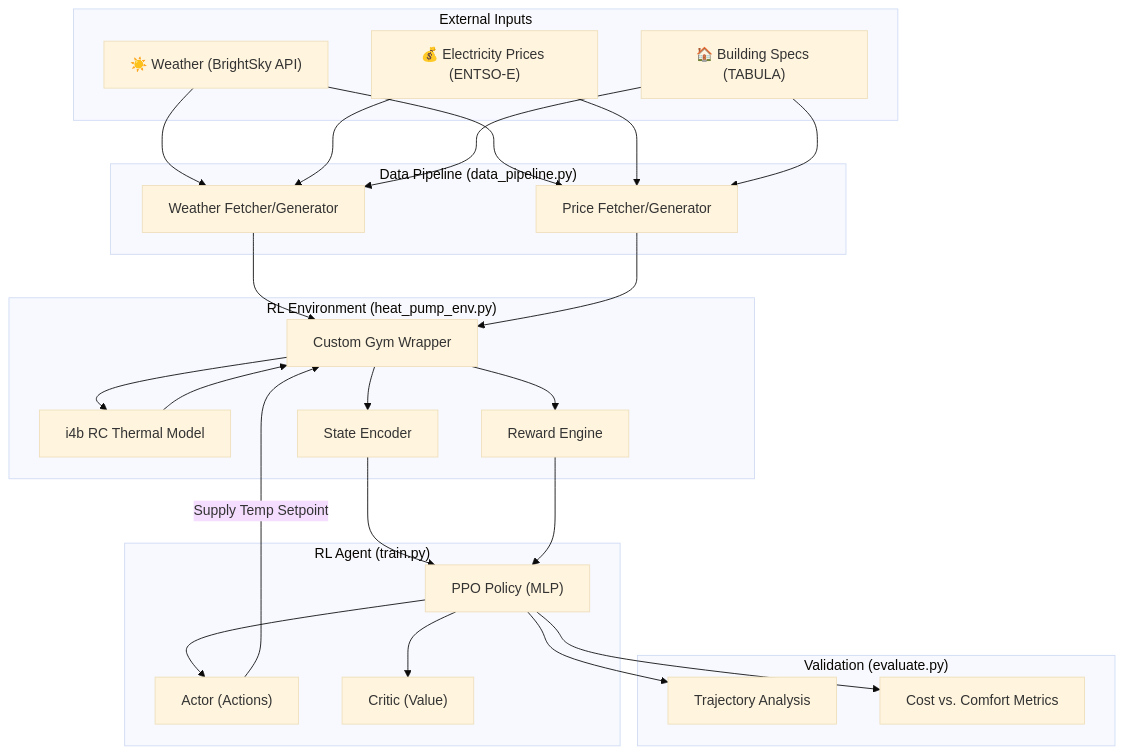
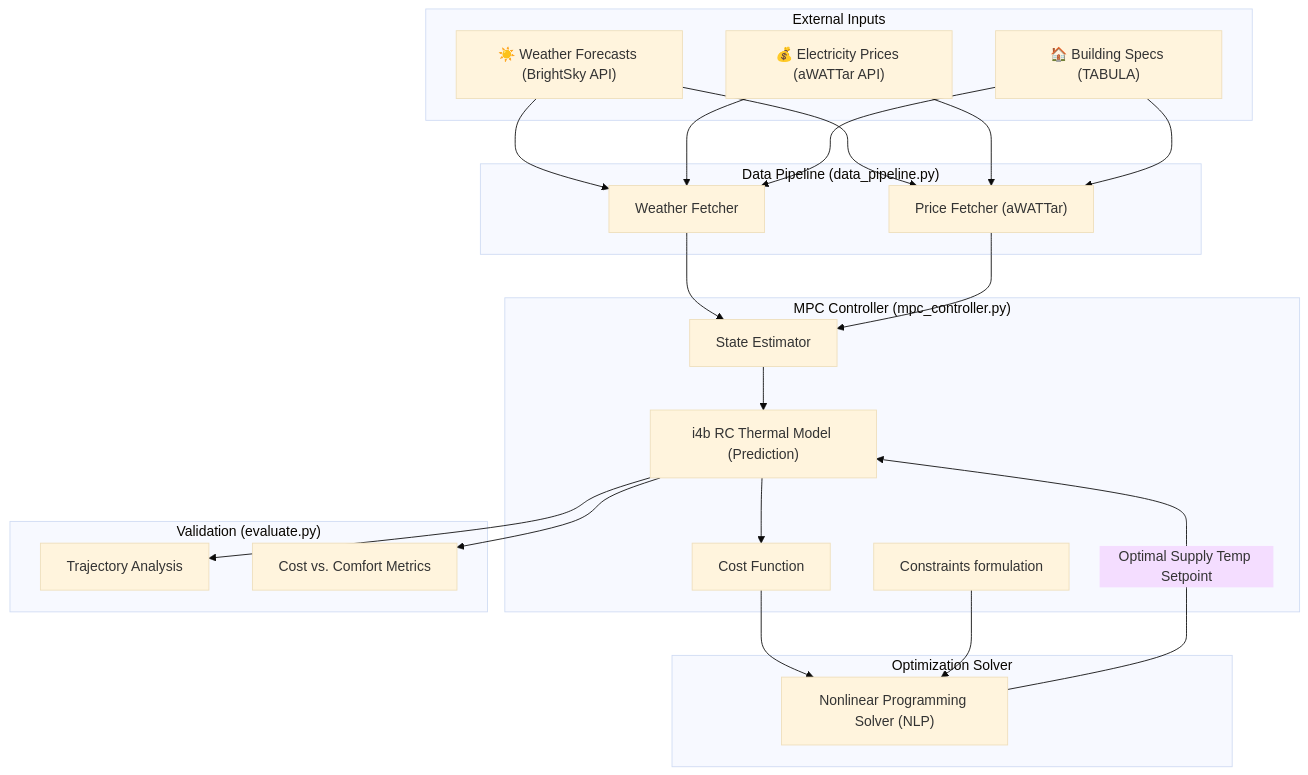
Before and after one commit to sudo-arjun-cli/energy: the diagram in ARCHITECTURE.md, drawn with Mermaid (base theme). The commit also changed other lines of this file and 1 other file, not shown here.

Commit message:
docs: rework architecture to use MPC and integrate aWATTar API

````diff
--- a/ARCHITECTURE.md
+++ b/ARCHITECTURE.md
@@ -21,40 +21,36 @@
 ```mermaid
 graph TB
     subgraph "External Inputs"
-        A["☀️ Weather (BrightSky API)"]
-        B["💰 Electricity Prices (ENTSO-E)"]
+        A["☀️ Weather Forecasts (BrightSky API)"]
+        B["💰 Electricity Prices (aWATTar API)"]
         C["🏠 Building Specs (TABULA)"]
     end
 
     subgraph "Data Pipeline (data_pipeline.py)"
-        D["Weather Fetcher/Generator"]
-        E["Price Fetcher/Generator"]
+        D["Weather Fetcher"]
+        E["Price Fetcher (aWATTar)"]
     end
 
-    subgraph "RL Environment (heat_pump_env.py)"
-        F["Custom Gym Wrapper"]
-        G["i4b RC Thermal Model"]
-        H["Reward Engine"]
-        I["State Encoder"]
+    subgraph "MPC Controller (mpc_controller.py)"
+        F["State Estimator"]
+        G["i4b RC Thermal Model (Prediction)"]
+        H["Cost Function"]
+        I["Constraints formulation"]
     end
 
-    subgraph "RL Agent (train.py)"
-        J["PPO Policy (MLP)"]
-        K["Actor (Actions)"]
-        L["Critic (Value)"]
+    subgraph "Optimization Solver"
+        J["Nonlinear Programming Solver (NLP)"]
     end
 
     subgraph "Validation (evaluate.py)"
         M["Trajectory Analysis"]
         N["Cost vs. Comfort Metrics"]
     end
 
     A & B & C --> D & E
     D & E --> F
-    F --> G --> F
-    F --> I --> J
-    J --> K & L
-    K -->|"Supply Temp Setpoint"| F
-    F --> H --> J
-    J --> M & N
+    F --> G --> H
+    H & I --> J
+    J -->|"Optimal Supply Temp Setpoint"| G
+    G --> M & N
 ```
````
